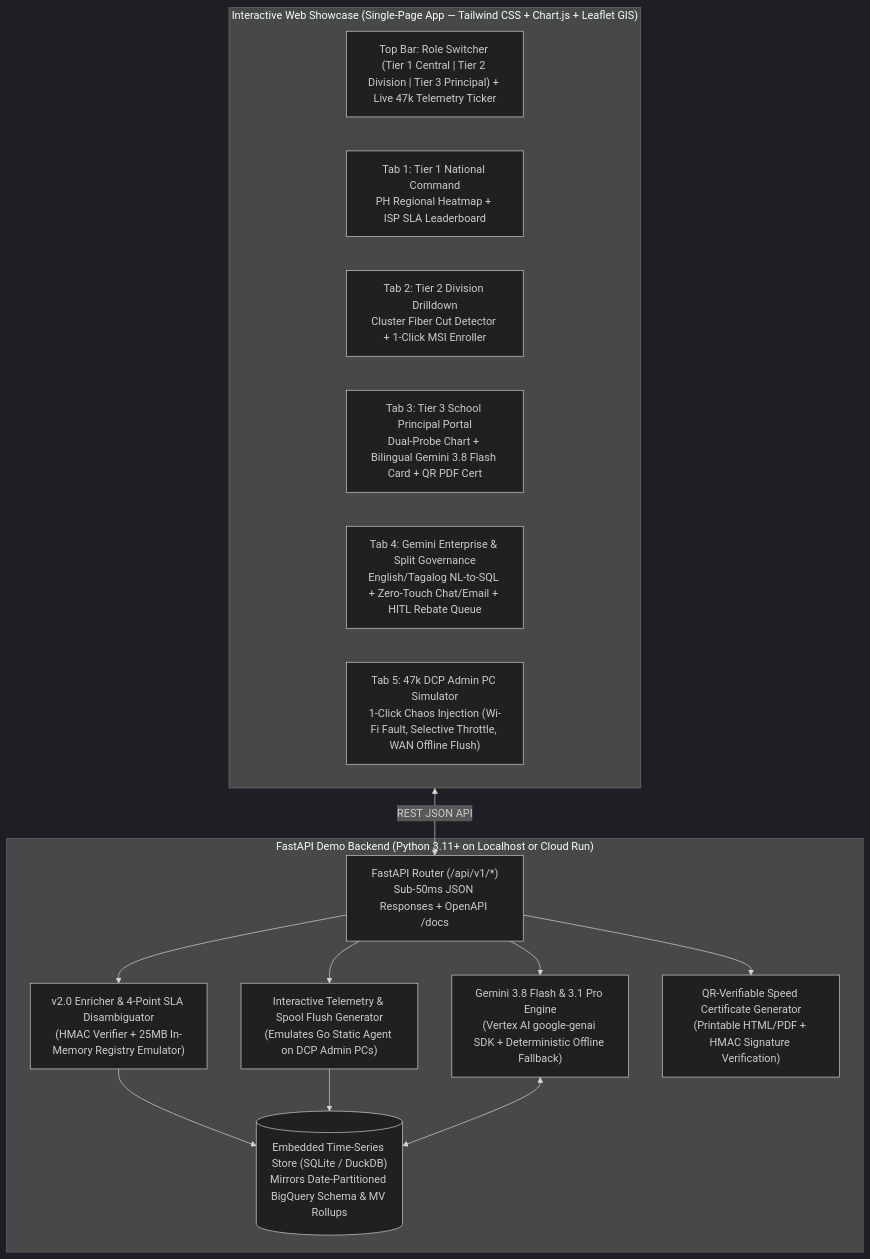
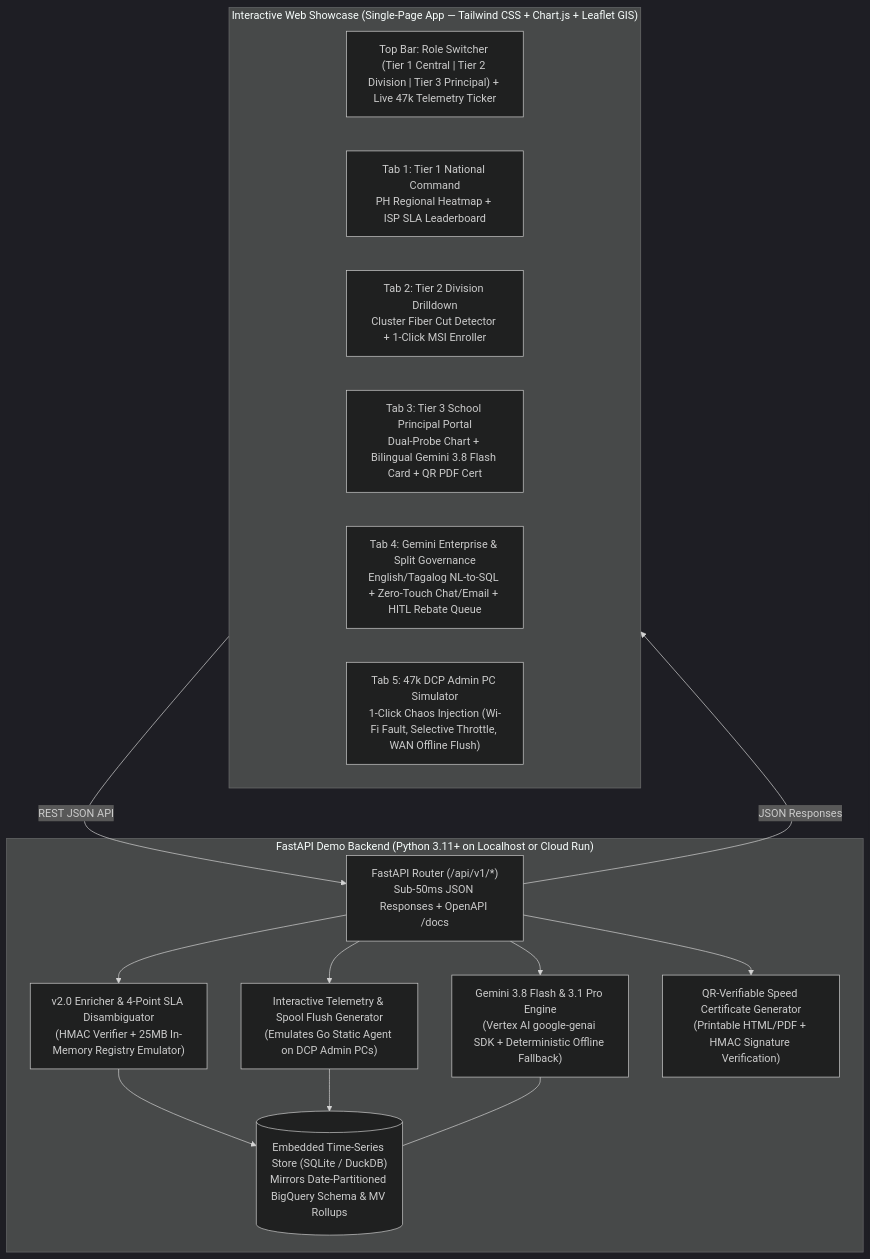
Before and after one commit to markea/DepEd: the diagram in nw-speed-tracker/03_DEPED_NW_SPEED_TRACKER_PROTOTYPE_DEMO_TDD.md, drawn with Mermaid (dark theme). The commit also changed 2 other files, not shown here.

Commit message:
fix(docs): resolve Mermaid syntax errors in BRD and TDD diagrams

````diff
--- a/nw-speed-tracker/03_DEPED_NW_SPEED_TRACKER_PROTOTYPE_DEMO_TDD.md
+++ b/nw-speed-tracker/03_DEPED_NW_SPEED_TRACKER_PROTOTYPE_DEMO_TDD.md
@@ -48,26 +48,31 @@
 ```mermaid
 flowchart TB
     subgraph Browser["Interactive Web Showcase (Single-Page App — Tailwind CSS + Chart.js + Leaflet GIS)"]
         HEADER["Top Bar: Role Switcher (Tier 1 Central | Tier 2 Division | Tier 3 Principal) + Live 47k Telemetry Ticker"]
         TAB1["Tab 1: Tier 1 National Command<br/>PH Regional Heatmap + ISP SLA Leaderboard"]
         TAB2["Tab 2: Tier 2 Division Drilldown<br/>Cluster Fiber Cut Detector + 1-Click MSI Enroller"]
         TAB3["Tab 3: Tier 3 School Principal Portal<br/>Dual-Probe Chart + Bilingual Gemini 3.8 Flash Card + QR PDF Cert"]
         TAB4["Tab 4: Gemini Enterprise & Split Governance<br/>English/Tagalog NL-to-SQL + Zero-Touch Chat/Email + HITL Rebate Queue"]
         TAB5["Tab 5: 47k DCP Admin PC Simulator<br/>1-Click Chaos Injection (Wi-Fi Fault, Selective Throttle, WAN Offline Flush)"]
     end
 
     subgraph Backend["FastAPI Demo Backend (Python 3.11+ on Localhost or Cloud Run)"]
         API["FastAPI Router (/api/v1/*)<br/>Sub-50ms JSON Responses + OpenAPI /docs"]
         ENRICHER["v2.0 Enricher & 4-Point SLA Disambiguator<br/>(HMAC Verifier + 25MB In-Memory Registry Emulator)"]
         SIM_ENGINE["Interactive Telemetry & Spool Flush Generator<br/>(Emulates Go Static Agent on DCP Admin PCs)"]
         AI_ENGINE["Gemini 3.8 Flash & 3.1 Pro Engine<br/>(Vertex AI google-genai SDK + Deterministic Offline Fallback)"]
         CERT_GEN["QR-Verifiable Speed Certificate Generator<br/>(Printable HTML/PDF + HMAC Signature Verification)"]
         DB[("Embedded Time-Series Store (SQLite / DuckDB)<br/>Mirrors Date-Partitioned BigQuery Schema & MV Rollups")]
 
-        API --> ENRICHER & SIM_ENGINE & AI_ENGINE & CERT_GEN
-        ENRICHER & SIM_ENGINE --> DB
-        AI_ENGINE <--> DB
+        API --> ENRICHER
+        API --> SIM_ENGINE
+        API --> AI_ENGINE
+        API --> CERT_GEN
+        ENRICHER --> DB
+        SIM_ENGINE --> DB
+        AI_ENGINE --- DB
     end
 
-    Browser <-->|REST JSON API| API
+    Browser -->|REST JSON API| API
+    API -->|JSON Responses| Browser
 ```
````
